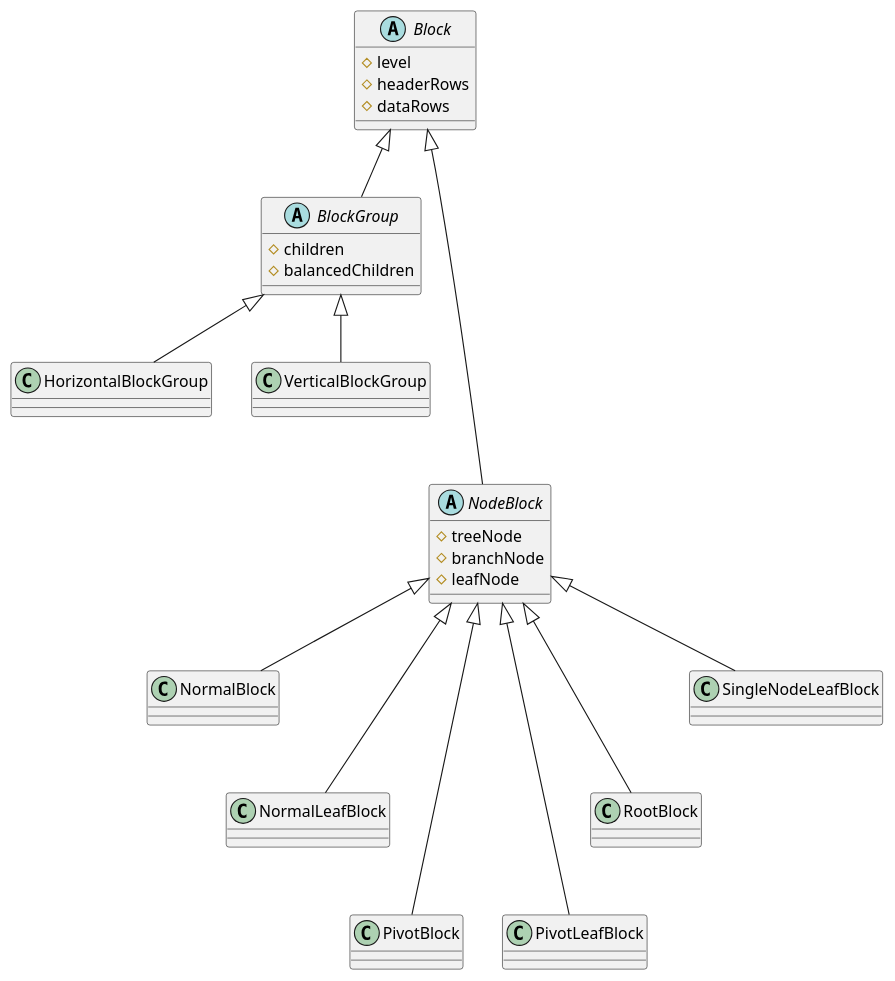
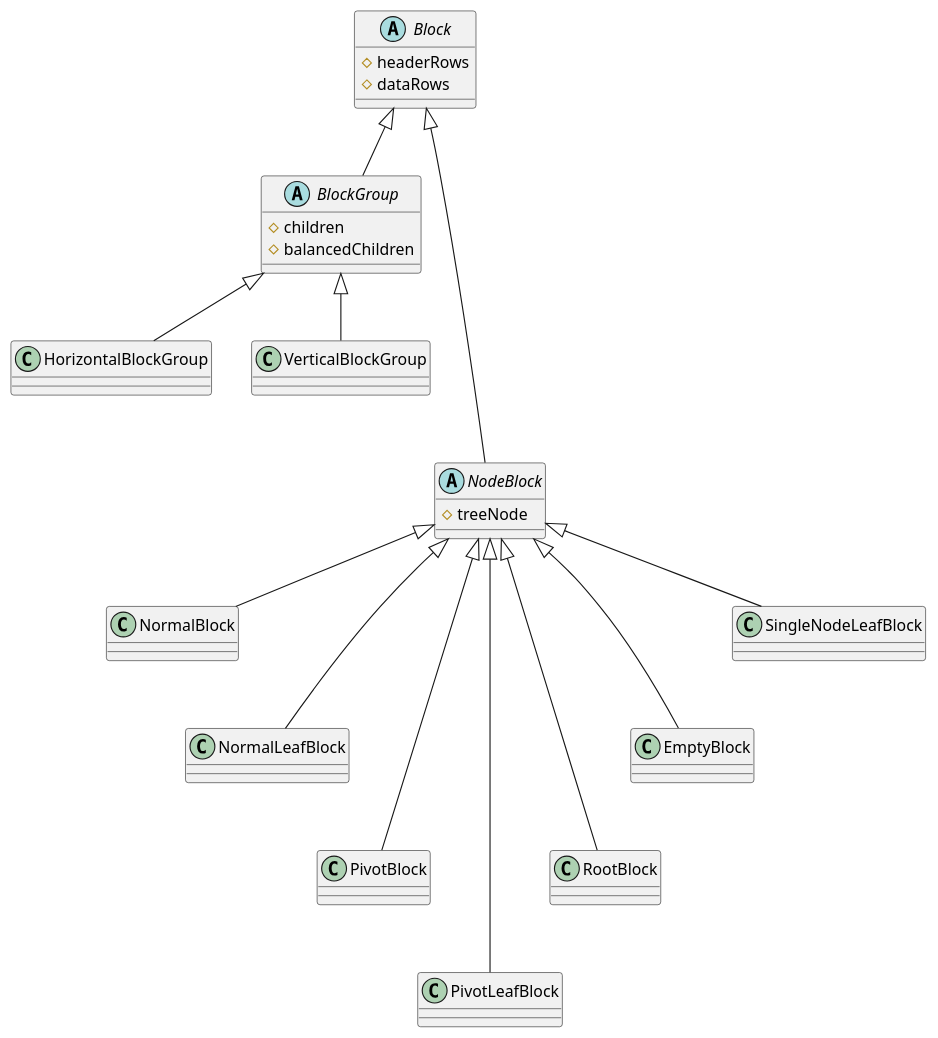
Before and after one commit to rekalogika/rekalogika-docs: the diagram in docs/pivot-table/diagrams/pivot-table.puml, drawn with PlantUML.

Commit message:
pivot table

```diff
--- a/docs/pivot-table/diagrams/pivot-table.puml
+++ b/docs/pivot-table/diagrams/pivot-table.puml
@@ -1,64 +1,66 @@
 @startuml pivot-table
 
 abstract Block {
-    #level
     #headerRows
     #dataRows
 }
 
 abstract BlockGroup {
     #children
     #balancedChildren
 }
 
 Block <|-- BlockGroup
 
 class HorizontalBlockGroup {
 }
 
 BlockGroup <|-- HorizontalBlockGroup
 
 class VerticalBlockGroup {
 }
 
 BlockGroup <|-- VerticalBlockGroup
 
 abstract NodeBlock {
     #treeNode
-    #branchNode
-    #leafNode
 }
 
 Block <|---- NodeBlock
 
 class NormalBlock {
 }
 
 NodeBlock <|-- NormalBlock
 
 class NormalLeafBlock {
 }
 
 NodeBlock <|--- NormalLeafBlock
 
 class PivotBlock {
 }
 
 NodeBlock <|---- PivotBlock
 
 class PivotLeafBlock {
 }
 
-NodeBlock <|---- PivotLeafBlock
+NodeBlock <|----- PivotLeafBlock
 
 class RootBlock {
 }
 
-NodeBlock <|--- RootBlock
+NodeBlock <|---- RootBlock
+
+class EmptyBlock {
+}
+
+NodeBlock <|--- EmptyBlock
 
 class SingleNodeLeafBlock {
 }
 
 NodeBlock <|-- SingleNodeLeafBlock
 
 @enduml
```
